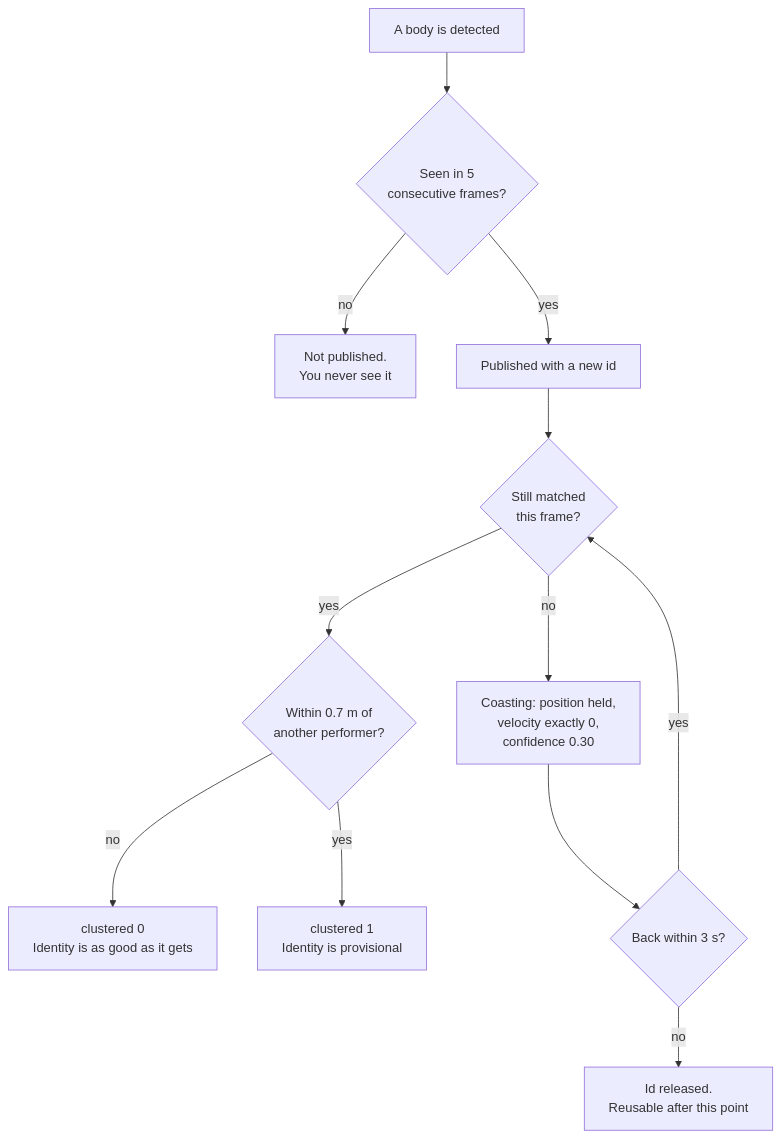
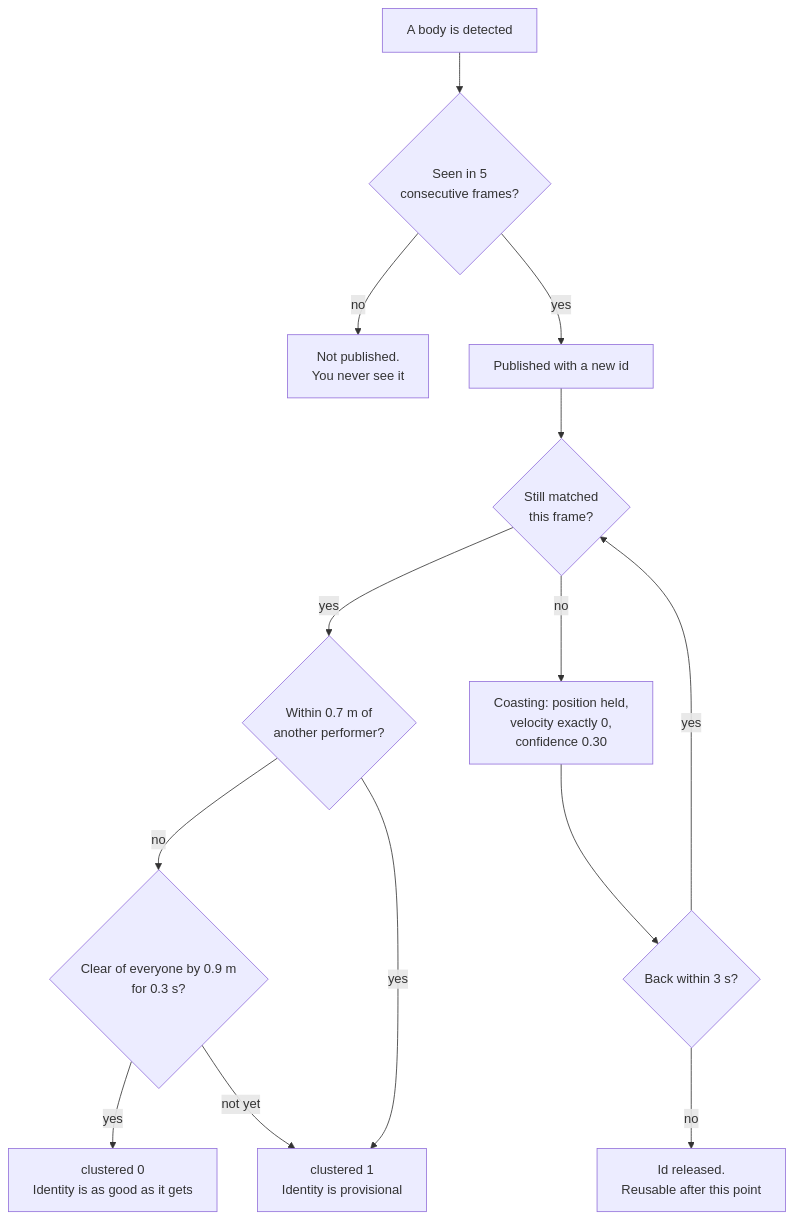
The second of 2 diagrams in reference/track.md (AristidesAI/TDStage-Docs), drawn with Mermaid before and after one commit. The commit also changed other lines of this file and 1 other file, not shown here.

First line of the commit message:
Docs: clustered has hysteresis, and the page said it did not

````diff
--- a/reference/track.md
+++ b/reference/track.md
@@ -122,14 +122,16 @@
 ```mermaid
 flowchart TD
   A["A body is detected"] --> B{"Seen in 5<br/>consecutive frames?"}
   B -- "no" --> C["Not published.<br/>You never see it"]
   B -- "yes" --> D["Published with a new id"]
   D --> E{"Still matched<br/>this frame?"}
   E -- "yes" --> F{"Within 0.7 m of<br/>another performer?"}
-  F -- "no" --> G["clustered 0<br/>Identity is as good as it gets"]
+  F -- "no" --> G{"Clear of everyone by 0.9 m<br/>for 0.3 s?"}
+  G -- "yes" --> G1["clustered 0<br/>Identity is as good as it gets"]
+  G -- "not yet" --> H
   F -- "yes" --> H["clustered 1<br/>Identity is provisional"]
   E -- "no" --> I["Coasting: position held,<br/>velocity exactly 0,<br/>confidence 0.30"]
   I --> J{"Back within 3 s?"}
   J -- "yes" --> E
   J -- "no" --> K["Id released.<br/>Reusable after this point"]
 ```
````
